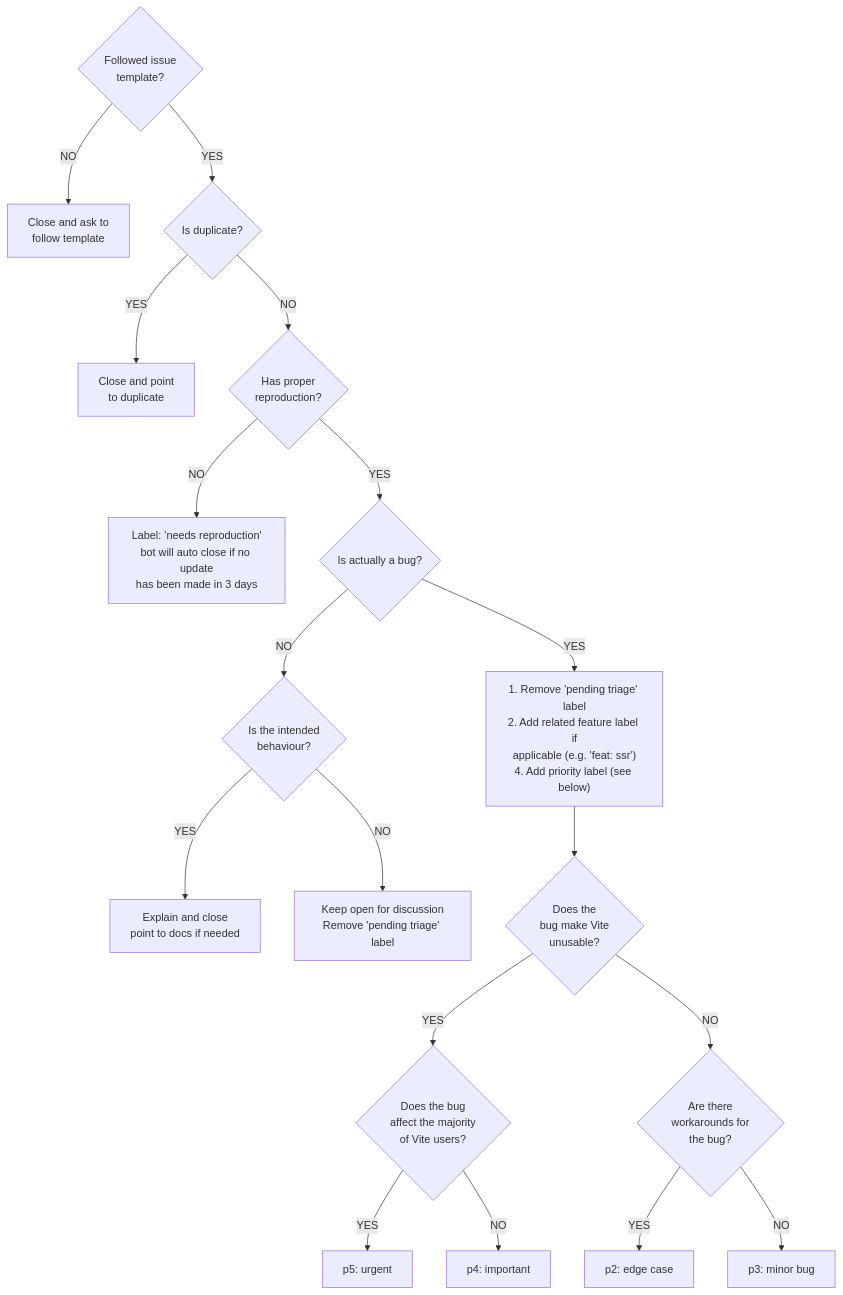
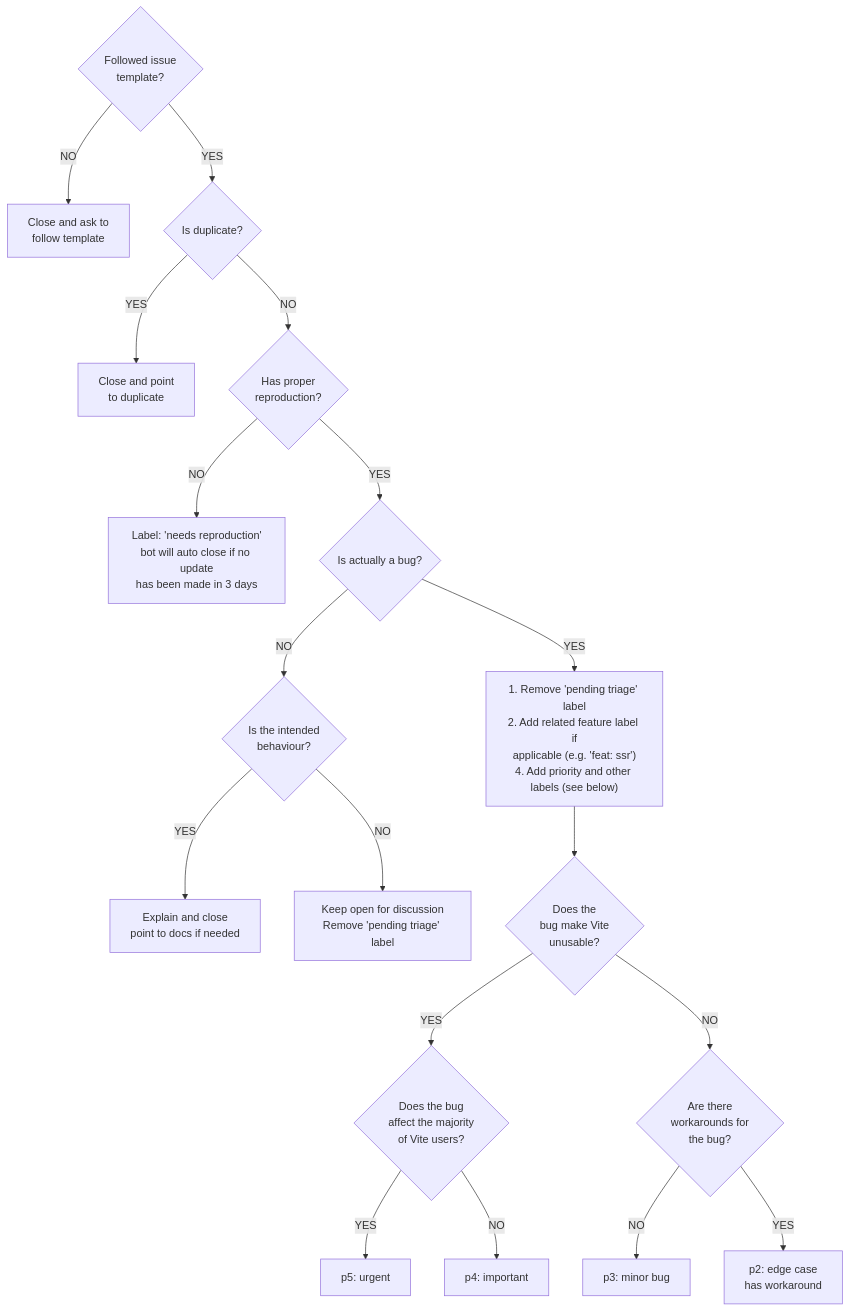
The first of 2 diagrams in CONTRIBUTING.md (vitejs/vite), drawn with Mermaid before and after one commit.

````diff
--- a/CONTRIBUTING.md
+++ b/CONTRIBUTING.md
@@ -200,21 +200,21 @@
 ```mermaid
 flowchart TD
     start{Followed issue\ntemplate?}
     start --NO--> close1[Close and ask to\nfollow template]
     start --YES--> dupe{Is duplicate?}
     dupe --YES--> close2[Close and point\nto duplicate]
     dupe --NO--> repro{Has proper\nreproduction?}
     repro --NO--> close3[Label: 'needs reproduction'\nbot will auto close if no update\nhas been made in 3 days]
     repro --YES--> real{Is actually a bug?}
     real --NO--> intended{Is the intended\nbehaviour?}
     intended --YES--> explain[Explain and close\npoint to docs if needed]
     intended --NO--> open[Keep open for discussion\nRemove 'pending triage' label]
-    real --YES--> real2["1. Remove 'pending triage' label\n2. Add related feature label if\napplicable (e.g. 'feat: ssr')\n4. Add priority label (see below)"]
+    real --YES--> real2["1. Remove 'pending triage' label\n2. Add related feature label if\napplicable (e.g. 'feat: ssr')\n4. Add priority and other labels (see below)"]
     real2 --> unusable{Does the\nbug make Vite\nunusable?}
     unusable --YES--> maj{Does the bug\naffect the majority\nof Vite users?}
     maj --YES--> p5[p5: urgent]
     maj --NO--> p4[p4: important]
     unusable --NO--> workarounds{Are there\nworkarounds for\nthe bug?}
-    workarounds --YES--> p2[p2: edge case]
     workarounds --NO--> p3[p3: minor bug]
+    workarounds --YES--> p2[p2: edge case\nhas workaround]
 ```
````
